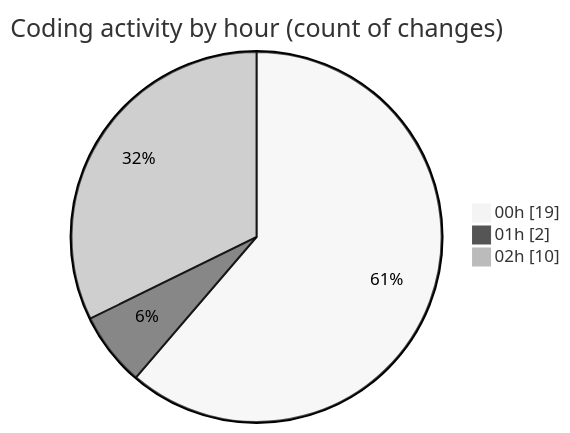
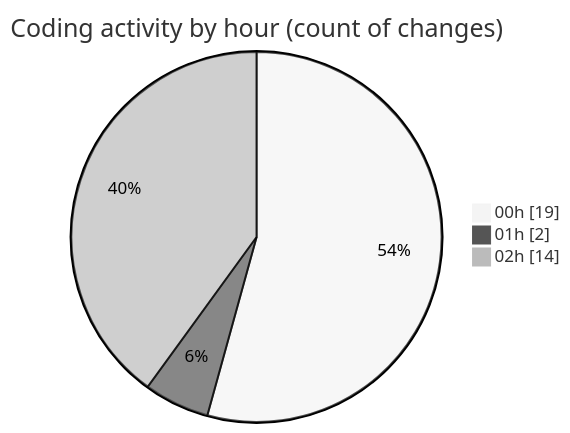
The second of 2 diagrams in 2025-10-21/eventscop-frontend-guide__workspace_/README.md (julien-gomy/code-tracking), drawn with Mermaid (neutral theme) before and after one commit. The commit also changed other lines of this file and 1 other file, not shown here.

````diff
--- a/2025-10-21/eventscop-frontend-guide__workspace_/README.md
+++ b/2025-10-21/eventscop-frontend-guide__workspace_/README.md
@@ -39,7 +39,7 @@
 ```mermaid
 pie showData
 title Coding activity by hour (count of changes)
 "00h" : 19
 "01h" : 2
-"02h" : 10
+"02h" : 14
 ```
````
